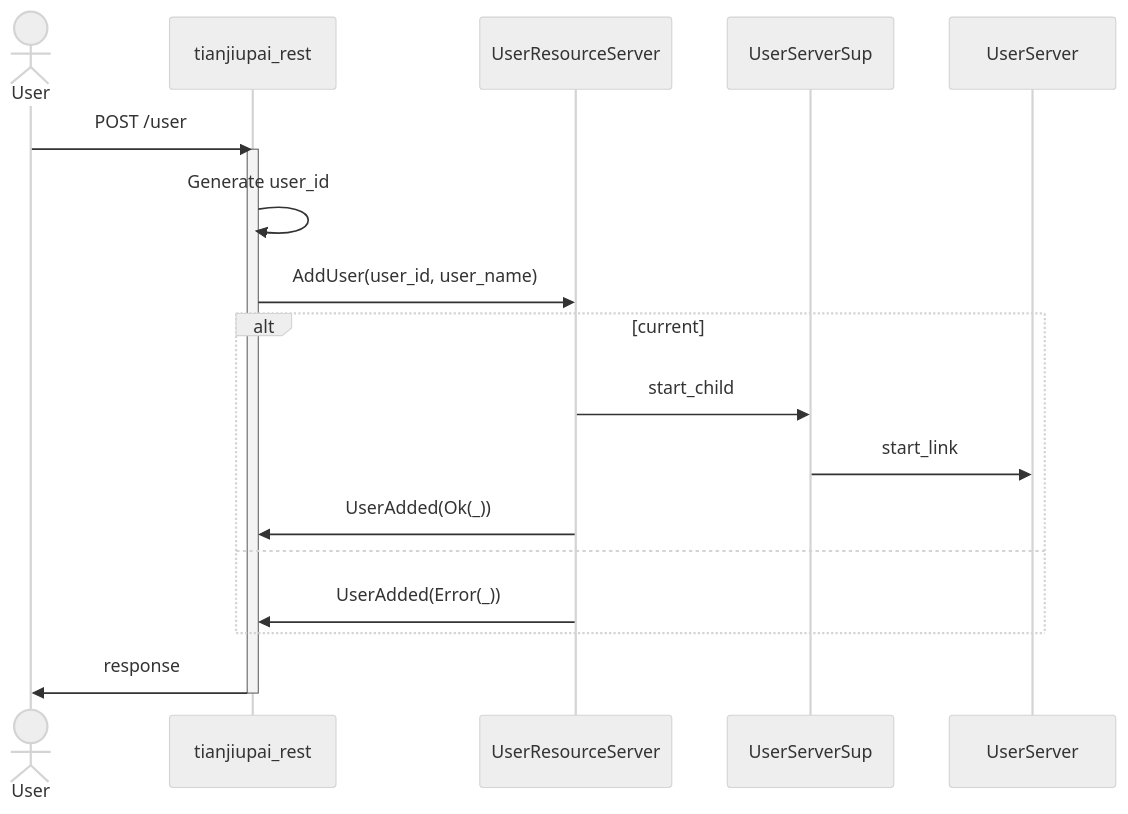
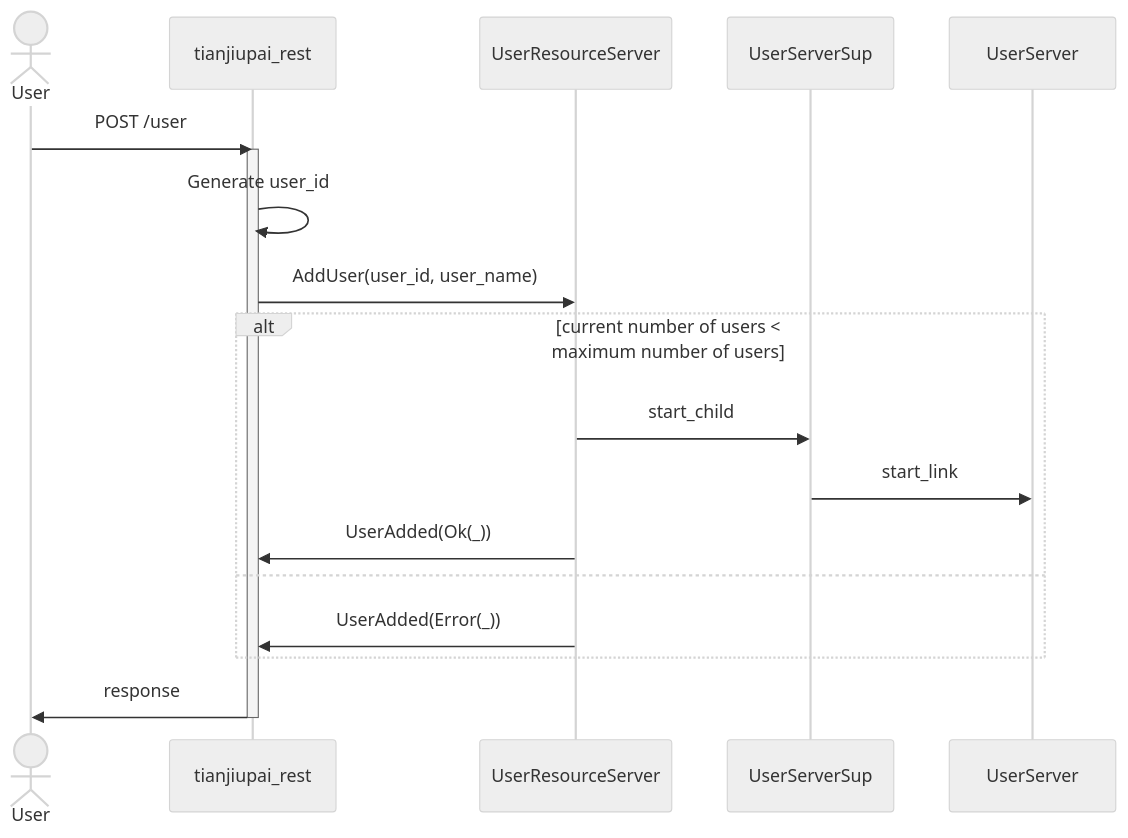
One commit to gfngfn/game_tianjiupai changed the first of 2 diagrams in docs/ARCHITECTURE.md. Above: the diagram before and after it, drawn with Mermaid (neutral theme). The commit also changed other lines of this file, not shown here.

````diff
--- a/docs/ARCHITECTURE.md
+++ b/docs/ARCHITECTURE.md
@@ -5,22 +5,22 @@
 ```mermaid
 sequenceDiagram
   actor User
   participant tianjiupai_rest
   participant UserResourceServer
   participant UserServerSup
   participant UserServer
   User ->> tianjiupai_rest : POST /user
   activate tianjiupai_rest
   tianjiupai_rest ->> tianjiupai_rest : Generate user_id
   tianjiupai_rest ->> UserResourceServer : AddUser(user_id, user_name)
-  alt current # of users < maximum # of users
+  alt current number of users < maximum number of users
     UserResourceServer ->> UserServerSup : start_child
     UserServerSup ->> UserServer : start_link
     activate UserServer
     UserResourceServer ->> tianjiupai_rest : UserAdded(Ok(_))
   else
     UserResourceServer ->> tianjiupai_rest : UserAdded(Error(_))
   end
   tianjiupai_rest ->> User : response
   deactivate tianjiupai_rest
 ```
````
